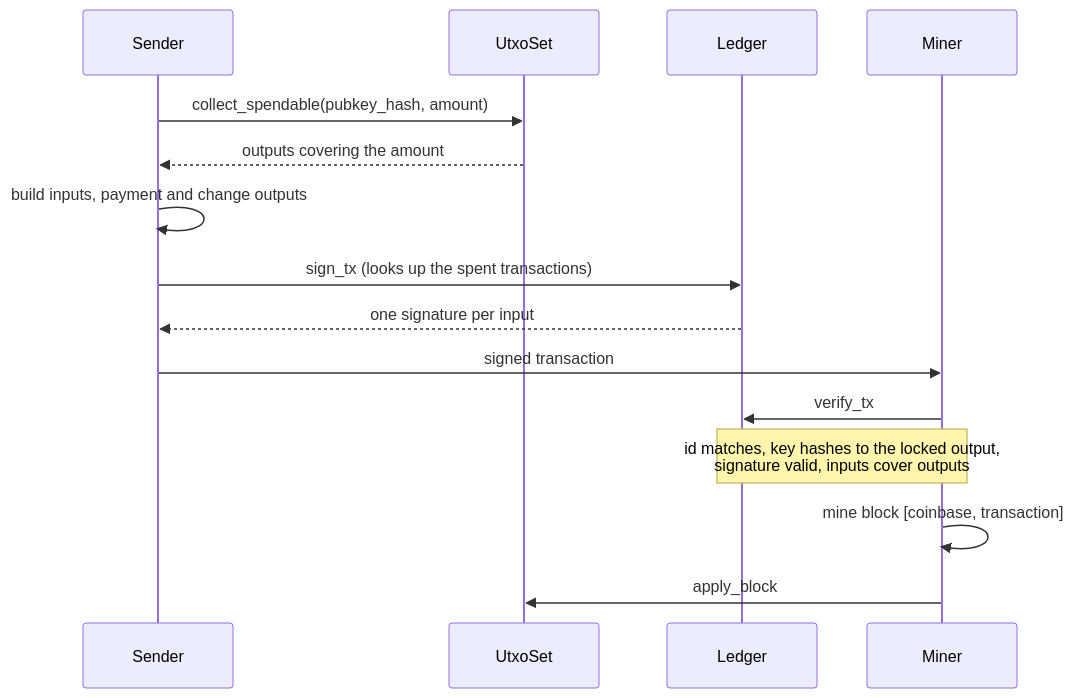
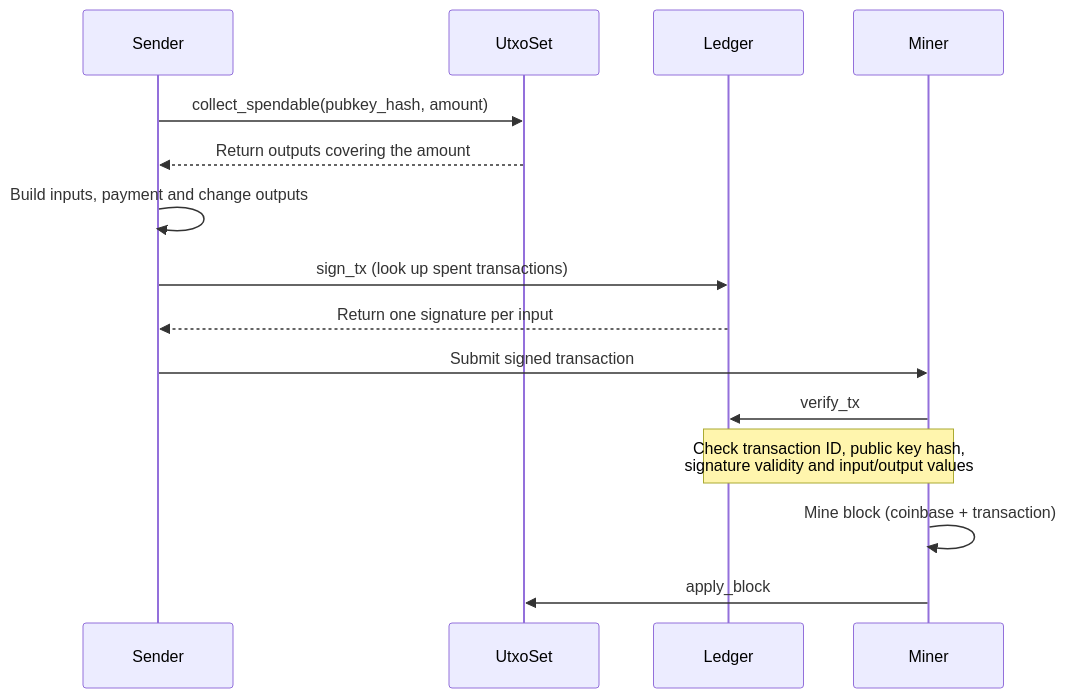
The seventh of 9 diagrams in README.md (walidwh21/MiniChain), drawn with Mermaid before and after one commit. The commit also changed other lines of this file, not shown here.

````diff
--- a/README.md
+++ b/README.md
@@ -216,17 +223,22 @@
 ```mermaid
 sequenceDiagram
     participant S as Sender
     participant U as UtxoSet
     participant L as Ledger
     participant M as Miner
+
     S->>U: collect_spendable(pubkey_hash, amount)
-    U-->>S: outputs covering the amount
-    S->>S: build inputs, payment and change outputs
-    S->>L: sign_tx (looks up the spent transactions)
-    L-->>S: one signature per input
-    S->>M: signed transaction
+    U-->>S: Return outputs covering the amount
+
+    S->>S: Build inputs, payment and change outputs
+    S->>L: sign_tx (look up spent transactions)
+    L-->>S: Return one signature per input
+
+    S->>M: Submit signed transaction
     M->>L: verify_tx
-    Note over M,L: id matches, key hashes to the locked output,<br/>signature valid, inputs cover outputs
-    M->>M: mine block [coinbase, transaction]
+
+    Note over M,L: Check transaction ID, public key hash,<br/>signature validity and input/output values
+
+    M->>M: Mine block (coinbase + transaction)
     M->>U: apply_block
 ```
````
